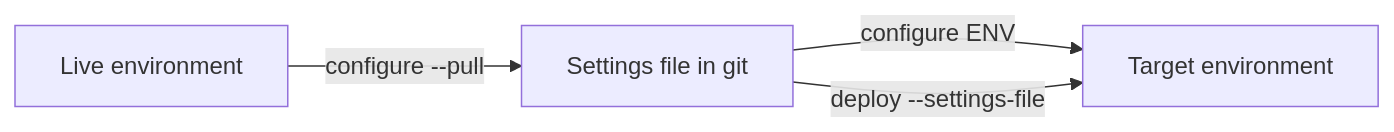
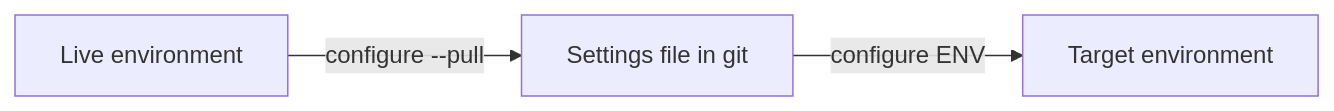
One commit to RemyDuijkeren/Flowline changed the first of 2 diagrams in docs/plans/2026-09-05-1332-feat-environment-configure-command-plan.md. Above: the diagram before and after it, drawn with Mermaid. The commit also changed other lines of this file and 1 other file, not shown here.

````diff
--- a/docs/plans/2026-09-05-1332-feat-environment-configure-command-plan.md
+++ b/docs/plans/2026-09-05-1332-feat-environment-configure-command-plan.md
@@ -114,6 +114,5 @@
 ```mermaid
 flowchart LR
   ENV[Live environment] -->|configure --pull| FILE[Settings file in git]
   FILE -->|configure ENV| A[Target environment]
-  FILE -->|deploy --settings-file| A
 ```
````
